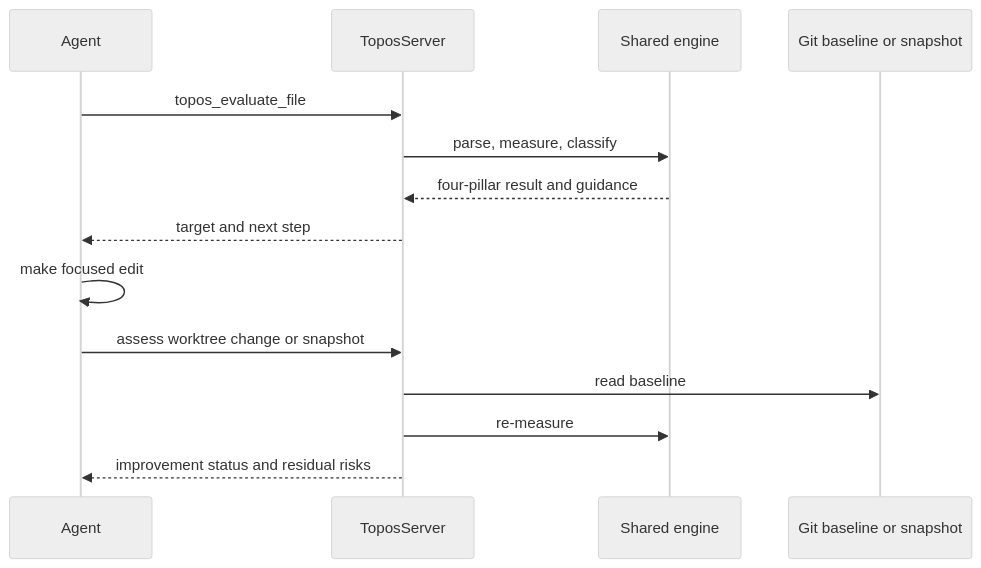
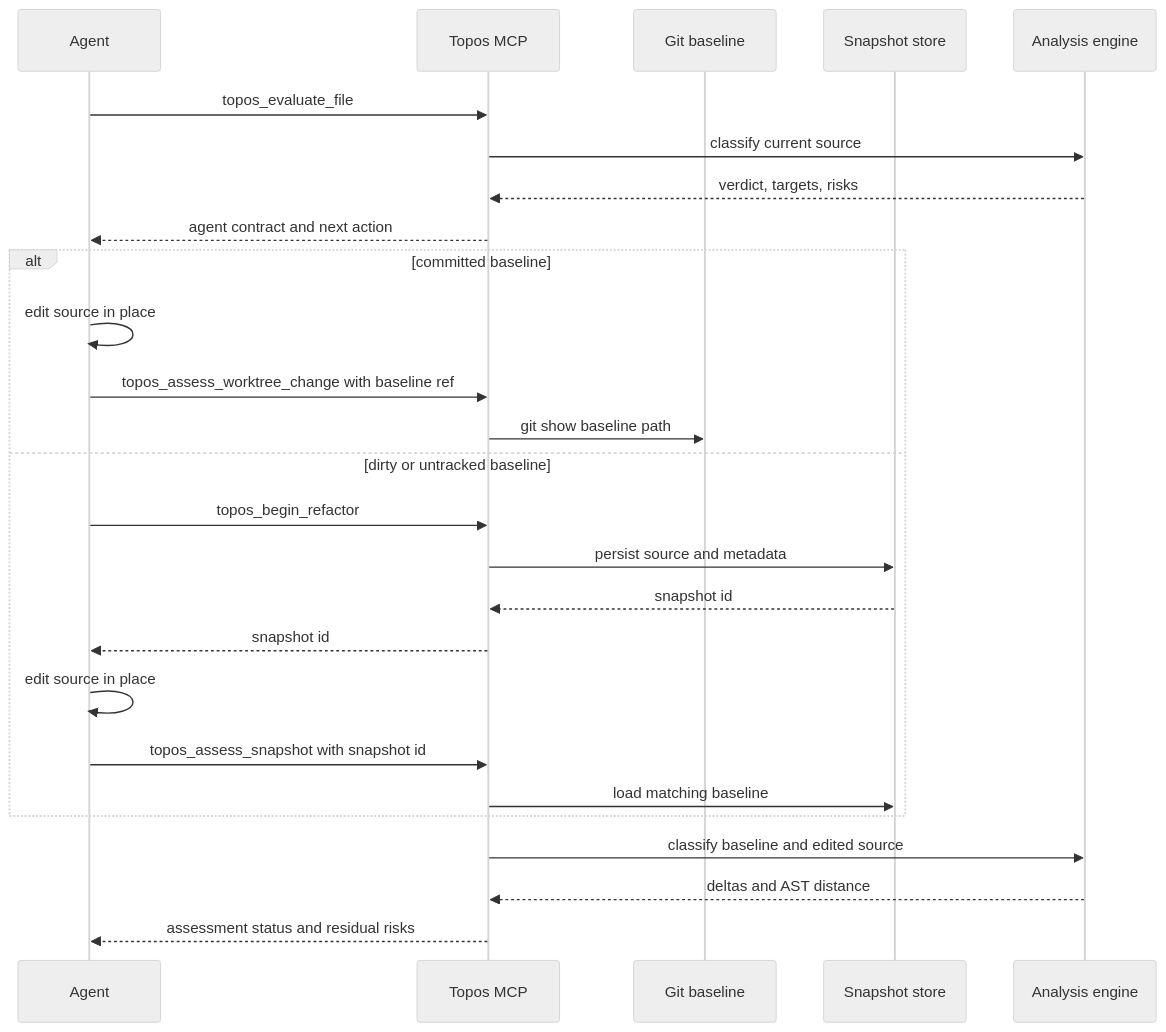
The diagram in openwiki/workflows/agent-and-cli.md (Krv-Labs/topos), drawn with Mermaid (neutral theme) before and after one commit. The commit also changed other lines of this file and 23 other files, not shown here.

````diff
--- a/openwiki/workflows/agent-and-cli.md
+++ b/openwiki/workflows/agent-and-cli.md
@@ -71,16 +118,28 @@
 ```mermaid
 sequenceDiagram
     participant Agent
-    participant MCP as ToposServer
-    participant Engine as Shared engine
-    participant Git as Git baseline or snapshot
-    Agent->>MCP: topos_evaluate_file
-    MCP->>Engine: parse, measure, classify
-    Engine-->>MCP: four-pillar result and guidance
-    MCP-->>Agent: target and next step
-    Agent->>Agent: make focused edit
-    Agent->>MCP: assess worktree change or snapshot
-    MCP->>Git: read baseline
-    MCP->>Engine: re-measure
-    MCP-->>Agent: improvement status and residual risks
+    participant Mcp as Topos MCP
+    participant Git as Git baseline
+    participant Store as Snapshot store
+    participant Engine as Analysis engine
+    Agent->>Mcp: topos_evaluate_file
+    Mcp->>Engine: classify current source
+    Engine-->>Mcp: verdict, targets, risks
+    Mcp-->>Agent: agent contract and next action
+    alt committed baseline
+        Agent->>Agent: edit source in place
+        Agent->>Mcp: topos_assess_worktree_change with baseline ref
+        Mcp->>Git: git show baseline path
+    else dirty or untracked baseline
+        Agent->>Mcp: topos_begin_refactor
+        Mcp->>Store: persist source and metadata
+        Store-->>Mcp: snapshot id
+        Mcp-->>Agent: snapshot id
+        Agent->>Agent: edit source in place
+        Agent->>Mcp: topos_assess_snapshot with snapshot id
+        Mcp->>Store: load matching baseline
+    end
+    Mcp->>Engine: classify baseline and edited source
+    Engine-->>Mcp: deltas and AST distance
+    Mcp-->>Agent: assessment status and residual risks
 ```
````
